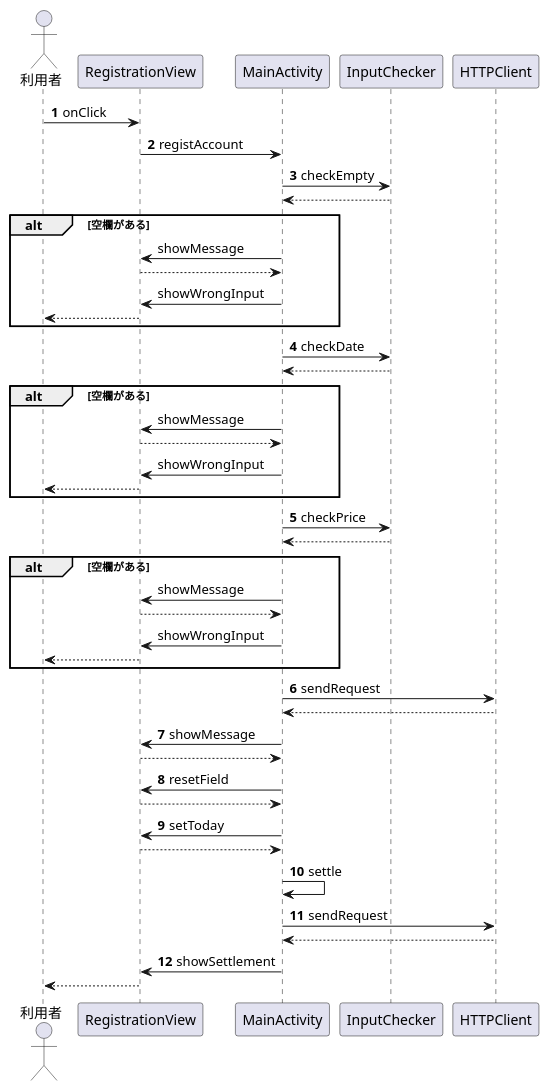
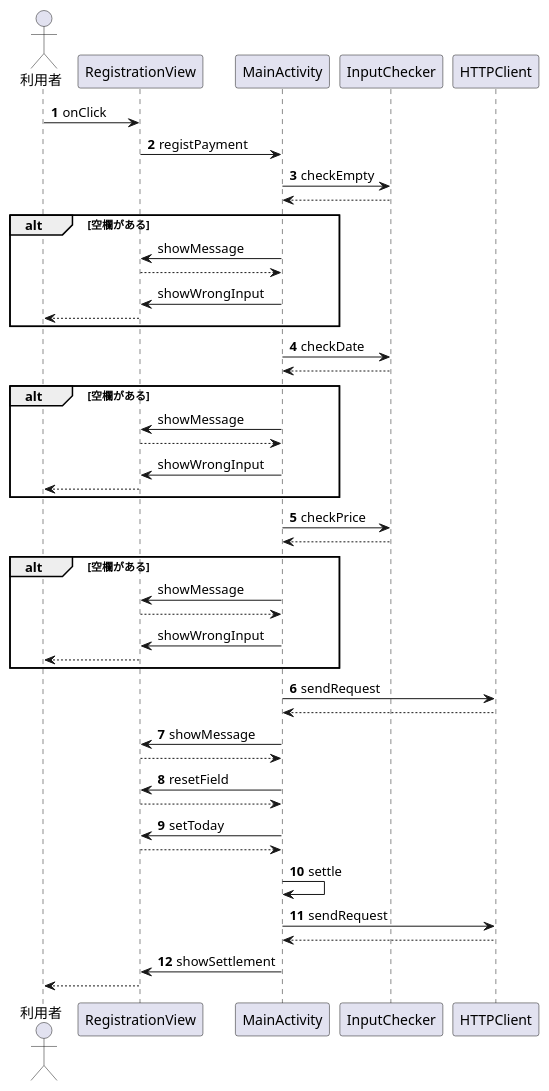
One commit to Leonis0813/chort changed the second of 3 diagrams in adhafera/sphinx/internal.rst. Above: the diagram before and after it, drawn with PlantUML. The commit also changed other lines of this file and 1 other file, not shown here.

```diff
--- a/adhafera/sphinx/internal.rst
+++ b/adhafera/sphinx/internal.rst
@@ -108,81 +112,81 @@
 .. uml::
 
    autonumber
 
    actor 利用者
    利用者 -> RegistrationView : onClick
-   RegistrationView -> MainActivity : registAccount
+   RegistrationView -> MainActivity : registPayment
    MainActivity -> InputChecker : checkEmpty
 
    autonumber stop
    InputChecker --> MainActivity
 
    alt 空欄がある
      MainActivity -> RegistrationView : showMessage
      RegistrationView --> MainActivity
      MainActivity -> RegistrationView : showWrongInput
      RegistrationView --> 利用者
    end
 
    autonumber resume
    MainActivity -> InputChecker : checkDate
 
    autonumber stop
    InputChecker --> MainActivity
 
    alt 空欄がある
      MainActivity -> RegistrationView : showMessage
      RegistrationView --> MainActivity
      MainActivity -> RegistrationView : showWrongInput
      RegistrationView --> 利用者
    end
 
    autonumber resume
    MainActivity -> InputChecker : checkPrice
 
    autonumber stop
    InputChecker --> MainActivity
 
    alt 空欄がある
      MainActivity -> RegistrationView : showMessage
      RegistrationView --> MainActivity
      MainActivity -> RegistrationView : showWrongInput
      RegistrationView --> 利用者
    end
 
    autonumber resume
    MainActivity -> HTTPClient : sendRequest
 
    autonumber stop
    HTTPClient --> MainActivity
 
    autonumber resume
    MainActivity -> RegistrationView : showMessage
 
    autonumber stop
    RegistrationView --> MainActivity
 
    autonumber resume
    MainActivity -> RegistrationView : resetField
 
    autonumber stop
    RegistrationView --> MainActivity
 
    autonumber resume
    MainActivity -> RegistrationView : setToday
 
    autonumber stop
    RegistrationView --> MainActivity
 
    autonumber resume
    MainActivity -> MainActivity : settle
    MainActivity -> HTTPClient : sendRequest
 
    autonumber stop
    HTTPClient --> MainActivity
 
    autonumber resume
    MainActivity -> RegistrationView : showSettlement
 
    autonumber stop
    RegistrationView --> 利用者
```
